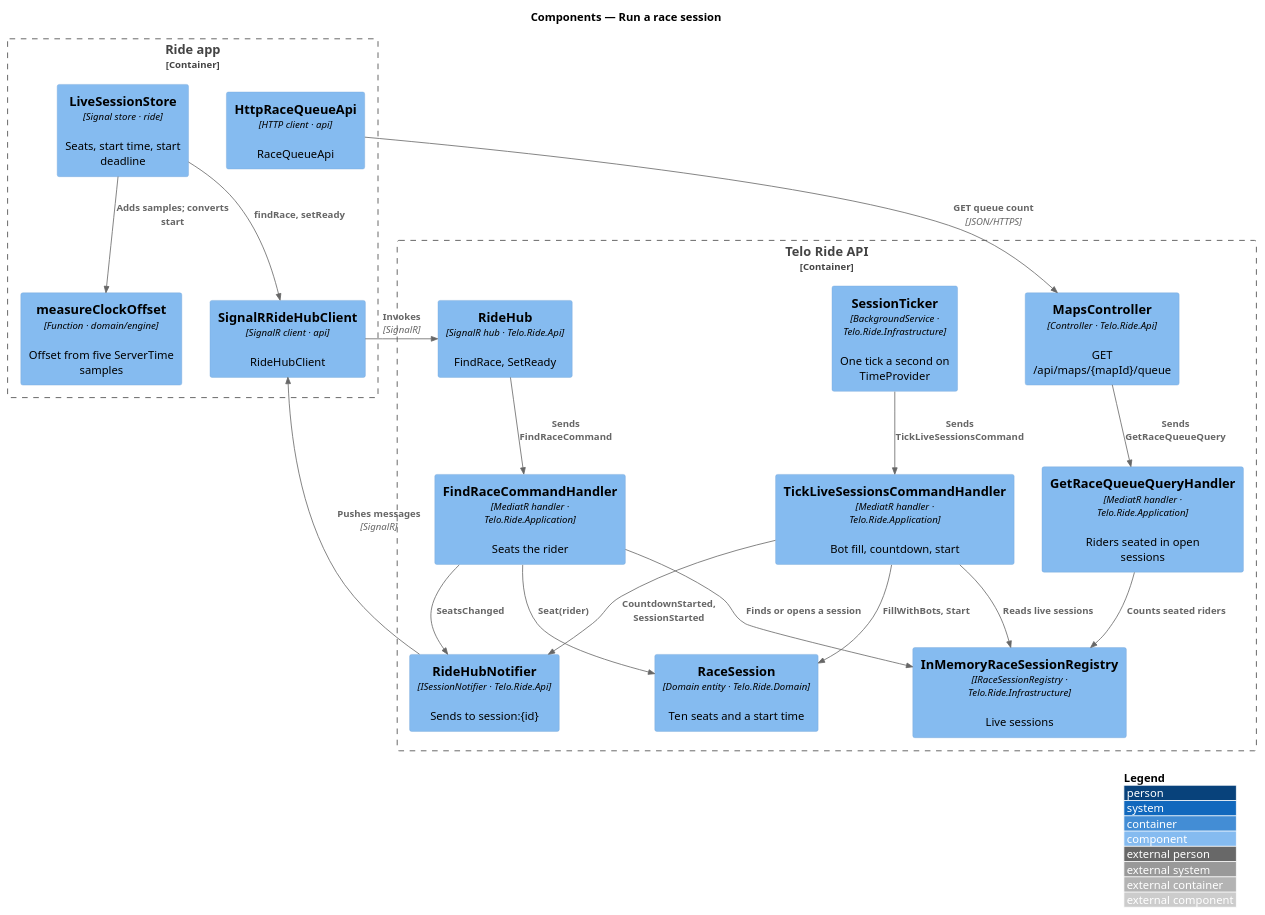
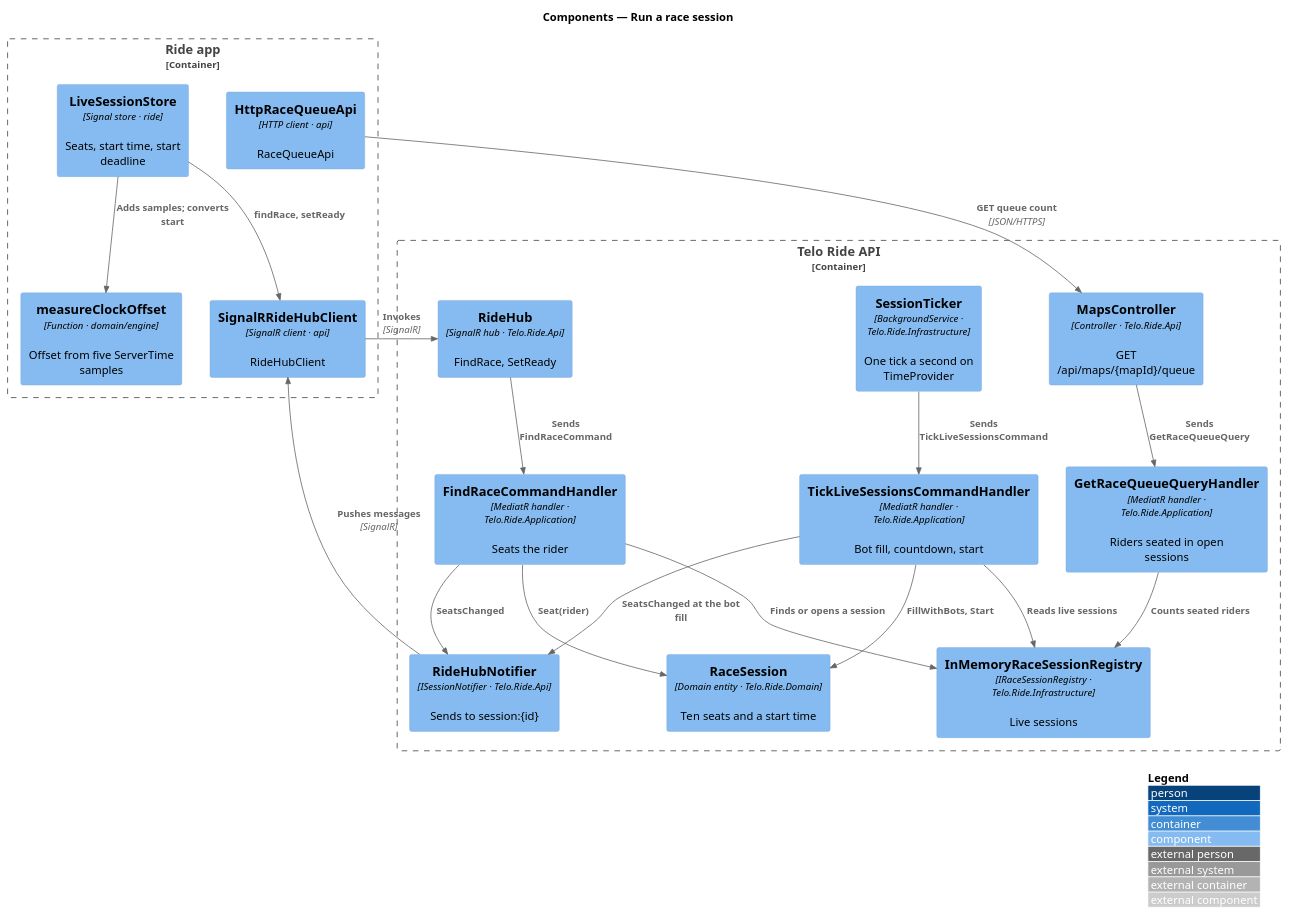
The diagram in docs/detailed-designs/multiplayer/run-a-race-session/diagrams/c4-component.puml (QuinntyneBrown/wattzup), drawn with PlantUML before and after one commit. The commit also changed 13 other files, not shown here.

```diff
--- a/docs/detailed-designs/multiplayer/run-a-race-session/diagrams/c4-component.puml
+++ b/docs/detailed-designs/multiplayer/run-a-race-session/diagrams/c4-component.puml
@@ -1,38 +1,38 @@
 @startuml
 !include <C4/C4_Component>
 LAYOUT_WITH_LEGEND()
 title Components — Run a race session
 
 Container_Boundary(app, "Ride app") {
   Component(store, "LiveSessionStore", "Signal store · ride", "Seats, start time, start deadline")
   Component(clock, "measureClockOffset", "Function · domain/engine", "Offset from five ServerTime samples")
   Component(hubc, "SignalRRideHubClient", "SignalR client · api", "RideHubClient")
   Component(queue, "HttpRaceQueueApi", "HTTP client · api", "RaceQueueApi")
 }
 Container_Boundary(api, "Telo Ride API") {
   Component(hub, "RideHub", "SignalR hub · Telo.Ride.Api", "FindRace, SetReady")
   Component(maps, "MapsController", "Controller · Telo.Ride.Api", "GET /api/maps/{mapId}/queue")
   Component(find, "FindRaceCommandHandler", "MediatR handler · Telo.Ride.Application", "Seats the rider")
   Component(tick, "TickLiveSessionsCommandHandler", "MediatR handler · Telo.Ride.Application", "Bot fill, countdown, start")
   Component(count, "GetRaceQueueQueryHandler", "MediatR handler · Telo.Ride.Application", "Riders seated in open sessions")
   Component(session, "RaceSession", "Domain entity · Telo.Ride.Domain", "Ten seats and a start time")
   Component(ticker, "SessionTicker", "BackgroundService · Telo.Ride.Infrastructure", "One tick a second on TimeProvider")
   Component(registry, "InMemoryRaceSessionRegistry", "IRaceSessionRegistry · Telo.Ride.Infrastructure", "Live sessions")
   Component(notifier, "RideHubNotifier", "ISessionNotifier · Telo.Ride.Api", "Sends to session:{id}")
 }
 Rel(store, hubc, "findRace, setReady")
 Rel(store, clock, "Adds samples; converts start")
 Rel(hubc, hub, "Invokes", "SignalR")
 Rel(queue, maps, "GET queue count", "JSON/HTTPS")
 Rel(hub, find, "Sends FindRaceCommand")
 Rel(maps, count, "Sends GetRaceQueueQuery")
 Rel(ticker, tick, "Sends TickLiveSessionsCommand")
 Rel(find, registry, "Finds or opens a session")
 Rel(tick, registry, "Reads live sessions")
 Rel(count, registry, "Counts seated riders")
 Rel(find, session, "Seat(rider)")
 Rel(tick, session, "FillWithBots, Start")
 Rel(find, notifier, "SeatsChanged")
-Rel(tick, notifier, "CountdownStarted, SessionStarted")
+Rel(tick, notifier, "SeatsChanged at the bot fill")
 Rel(notifier, hubc, "Pushes messages", "SignalR")
 @enduml
```
